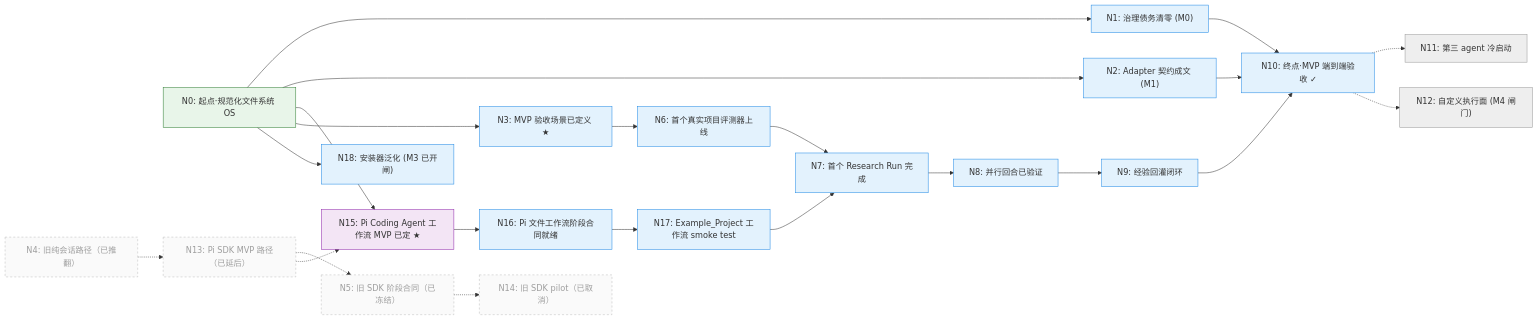
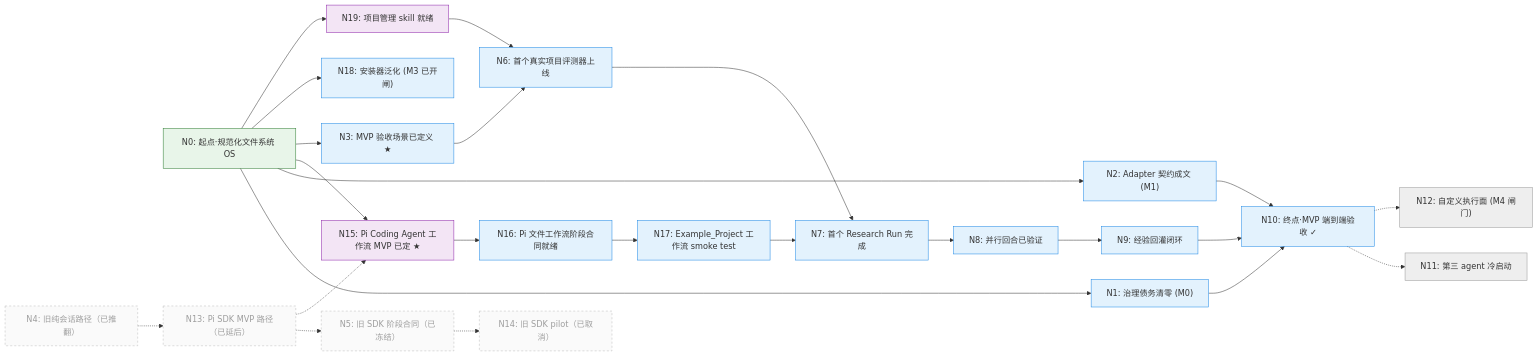
Before and after one commit to pengqianhan/AI-Human-Research-OS: the diagram in os-build/map/index.md, drawn with Mermaid. The commit also changed other lines of this file and 20 other files, not shown here.

````diff
--- a/os-build/map/index.md
+++ b/os-build/map/index.md
@@ -31,38 +32,40 @@
 ```mermaid
 flowchart LR
   classDef proposed fill:#eeeeee,stroke:#999999,color:#333333
   classDef approved fill:#e3f2fd,stroke:#1e88e5
   classDef inprogress fill:#fff8e1,stroke:#f9a825
   classDef delivered fill:#f3e5f5,stroke:#8e24aa
   classDef verified fill:#e8f5e9,stroke:#2e7d32
   classDef dead fill:#fafafa,stroke:#bdbdbd,color:#9e9e9e,stroke-dasharray:4 4
   N0["N0: 起点·规范化文件系统 OS"]:::verified
   N1["N1: 治理债务清零 (M0)"]:::approved
   N2["N2: Adapter 契约成文 (M1)"]:::approved
   N3["N3: MVP 验收场景已定义 ★"]:::approved
   N4["N4: 旧纯会话路径（已推翻）"]:::dead
   N5["N5: 旧 SDK 阶段合同（已冻结）"]:::dead
   N6["N6: 首个真实项目评测器上线"]:::approved
   N7["N7: 首个 Research Run 完成"]:::approved
   N8["N8: 并行回合已验证"]:::approved
   N9["N9: 经验回灌闭环"]:::approved
   N10["N10: 终点·MVP 端到端验收 ✓"]:::approved
   N11["N11: 第三 agent 冷启动"]:::proposed
   N18["N18: 安装器泛化 (M3 已开闸)"]:::approved
   N12["N12: 自定义执行面 (M4 闸门)"]:::proposed
   N13["N13: Pi SDK MVP 路径（已延后）"]:::dead
   N14["N14: 旧 SDK pilot（已取消）"]:::dead
   N15["N15: Pi Coding Agent 工作流 MVP 已定 ★"]:::delivered
   N16["N16: Pi 文件工作流阶段合同就绪"]:::approved
   N17["N17: Example_Project 工作流 smoke test"]:::approved
+  N19["N19: 项目管理 skill 就绪"]:::delivered
   N0 --> N1 --> N10
   N0 --> N2 --> N10
   N0 --> N15 --> N16 --> N17 --> N7
   N0 --> N3
   N3 --> N6 --> N7 --> N8 --> N9 --> N10
   N10 -.-> N11
   N0 --> N18
+  N0 --> N19 --> N6
   N10 -.-> N12
   N4 -.-> N13 -.-> N5 -.-> N14
   N13 -.-> N15
 ```
````
